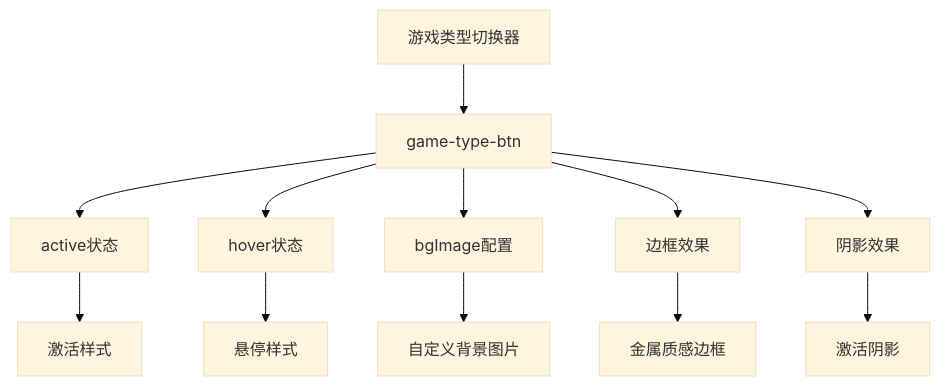
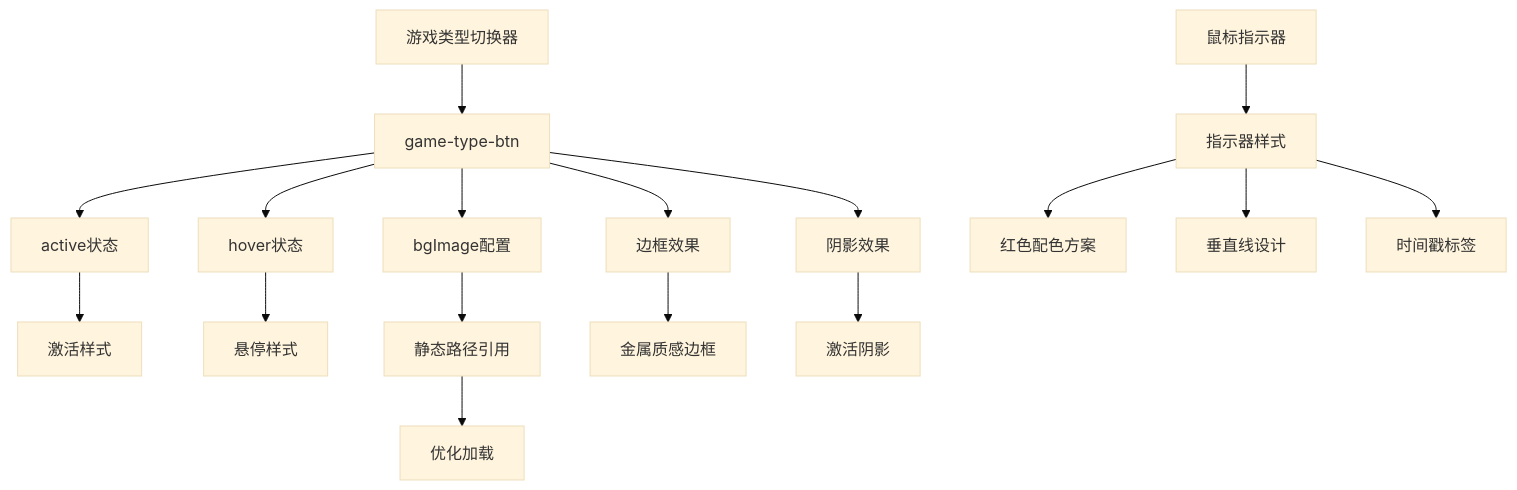
The ninth of 11 diagrams in .qoder/repowiki/zh/content/核心组件/GameCalendar 主容器组件.md (xuanyulingnfeg/gameCalendar), drawn with Mermaid (base theme) before and after one commit. The commit also changed other lines of this file and 4 other files, not shown here.

````diff
--- a/.qoder/repowiki/zh/content/核心组件/GameCalendar 主容器组件.md
+++ b/.qoder/repowiki/zh/content/核心组件/GameCalendar 主容器组件.md
@@ -400,14 +473,19 @@
 ```mermaid
 flowchart TD
 GameTypeSwitcher[游戏类型切换器] --> GameTypeBtn[game-type-btn]
 GameTypeBtn --> ActiveState[active状态]
 ActiveState --> ActiveStyle[激活样式]
 GameTypeBtn --> HoverState[hover状态]
 HoverState --> HoverStyle[悬停样式]
 GameTypeBtn --> BackgroundImage[bgImage配置]
-BackgroundImage --> CustomBackground[自定义背景图片]
+BackgroundImage --> StaticPath[静态路径引用]
+StaticPath --> OptimizedLoad[优化加载]
 GameTypeBtn --> BorderEffects[边框效果]
 BorderEffects --> MetalBorder[金属质感边框]
 GameTypeBtn --> ShadowEffects[阴影效果]
 ShadowEffects --> ActivationShadow[激活阴影]
+MouseIndicator[鼠标指示器] --> IndicatorStyle[指示器样式]
+IndicatorStyle --> RedColorScheme[红色配色方案]
+IndicatorStyle --> VerticalLine[垂直线设计]
+IndicatorStyle --> TimestampLabel[时间戳标签]
 ```
````
